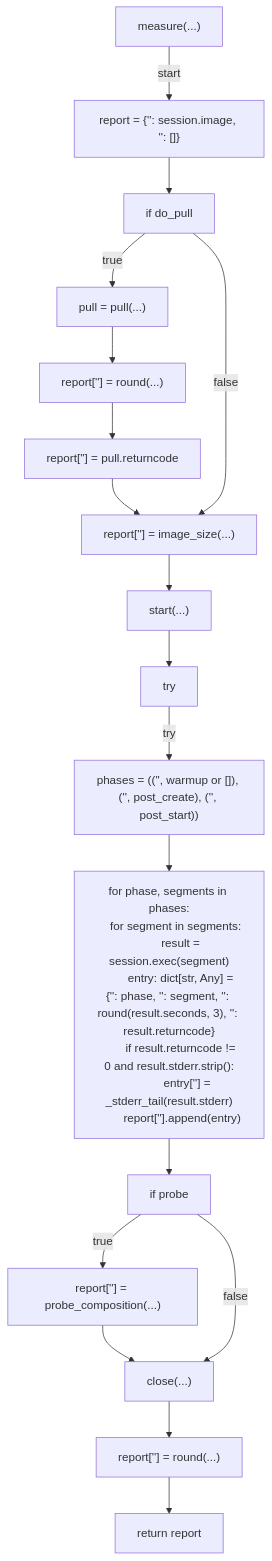
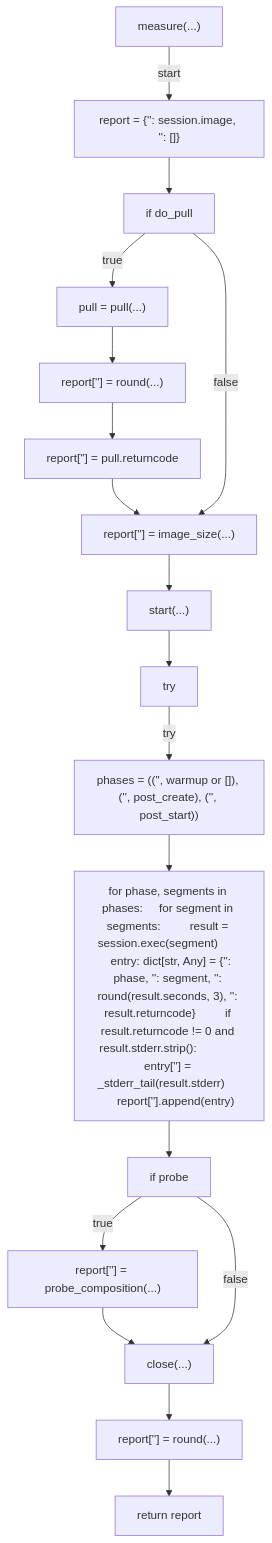
Before and after one commit to tvna/claude-md: the tenth of 13 diagrams in docs/generated/scripts/ast/measure_devcontainer_startup.md, drawn with Mermaid. The commit also changed other lines of this file and 30 other files, not shown here.

First line of the commit message:
docs(generated): regenerate decision tree and workflow diagrams (batch 2/5)

````diff
--- a/docs/generated/scripts/ast/measure_devcontainer_startup.md
+++ b/docs/generated/scripts/ast/measure_devcontainer_startup.md
@@ -165,42 +153,36 @@
 ```mermaid
 flowchart TD
     N001["measure(...)"]
     N002["report = {'<str>': session.image, '<str>': []}"]
     N003["if do_pull"]
     N004["pull = pull(...)"]
     N005["report['<str>'] = round(...)"]
     N006["report['<str>'] = pull.returncode"]
     N007["report['<str>'] = image_size(...)"]
     N008["start(...)"]
     N009["try"]
     N010["phases = (('<str>', warmup or []), ('<str>', post_create), ('<str>', post_start))"]
-    N011["for phase, segments in phases:
-    for segment in segments:
-        result = session.exec(segment)
-        entry: dict[str, Any] = {'<str>': phase, '<str>': segment, '<str>': round(result.seconds, 3), '<str>': result.returncode}
-        if result.returncode != 0 and result.stderr.strip():
-            entry['<str>'] = _stderr_tail(result.stderr)
-        report['<str>'].append(entry)"]
+    N011["for phase, segments in phases:     for segment in segments:         result = session.exec(segment)         entry: dict[str, Any] = {'<str>': phase, '<str>': segment, '<str>': round(result.seconds, 3), '<str>': result.returncode}         if result.returncode != 0 and result.stderr.strip():             entry['<str>'] = _stderr_tail(result.stderr)         report['<str>'].append(entry)"]
     N012["if probe"]
     N013["report['<str>'] = probe_composition(...)"]
     N014["close(...)"]
     N015["report['<str>'] = round(...)"]
     N016["return report"]
     N001 -->|"start"| N002
     N002 --> N003
     N003 -->|"true"| N004
     N004 --> N005
     N005 --> N006
     N006 --> N007
     N003 -->|"false"| N007
     N007 --> N008
     N008 --> N009
     N009 -->|"try"| N010
     N010 --> N011
     N011 --> N012
     N012 -->|"true"| N013
     N013 --> N014
     N012 -->|"false"| N014
     N014 --> N015
     N015 --> N016
 ```
````
